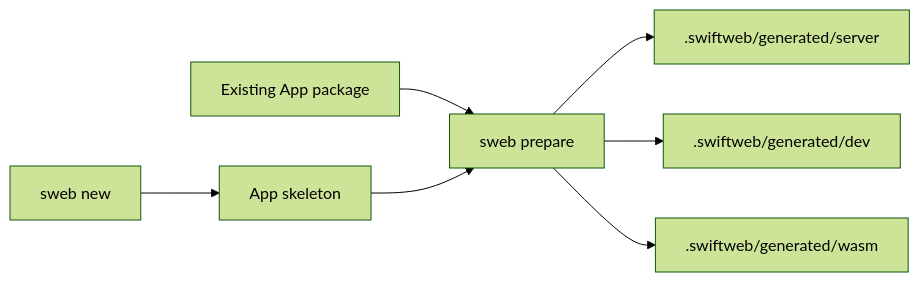
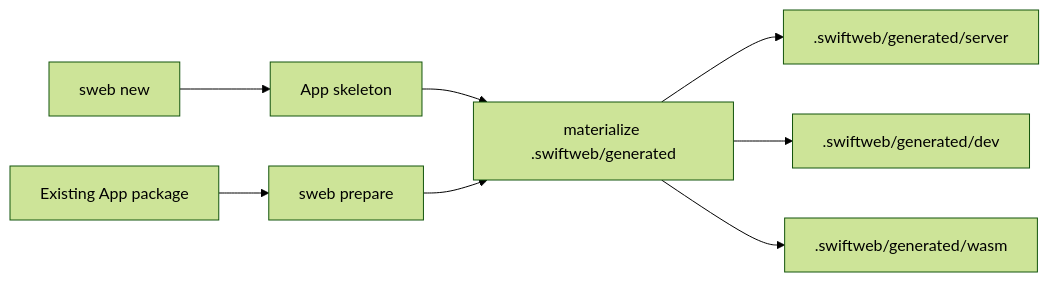
One commit to 1amageek/swift-web changed the second of 10 diagrams in Sources/SwiftWebCLI/README.md. Above: the diagram before and after it, drawn with Mermaid (forest theme). The commit also changed other lines of this file and 62 other files, not shown here.

````diff
--- a/Sources/SwiftWebCLI/README.md
+++ b/Sources/SwiftWebCLI/README.md
@@ -49,9 +49,10 @@
 ```mermaid
 flowchart LR
   A["Existing App package"] --> B["sweb prepare"]
   C["sweb new"] --> D["App skeleton"]
-  D --> B
-  B --> E[".swiftweb/generated/server"]
-  B --> F[".swiftweb/generated/dev"]
-  B --> G[".swiftweb/generated/wasm"]
+  D --> E["materialize .swiftweb/generated"]
+  B --> E
+  E --> F[".swiftweb/generated/server"]
+  E --> G[".swiftweb/generated/dev"]
+  E --> H[".swiftweb/generated/wasm"]
 ```
````
